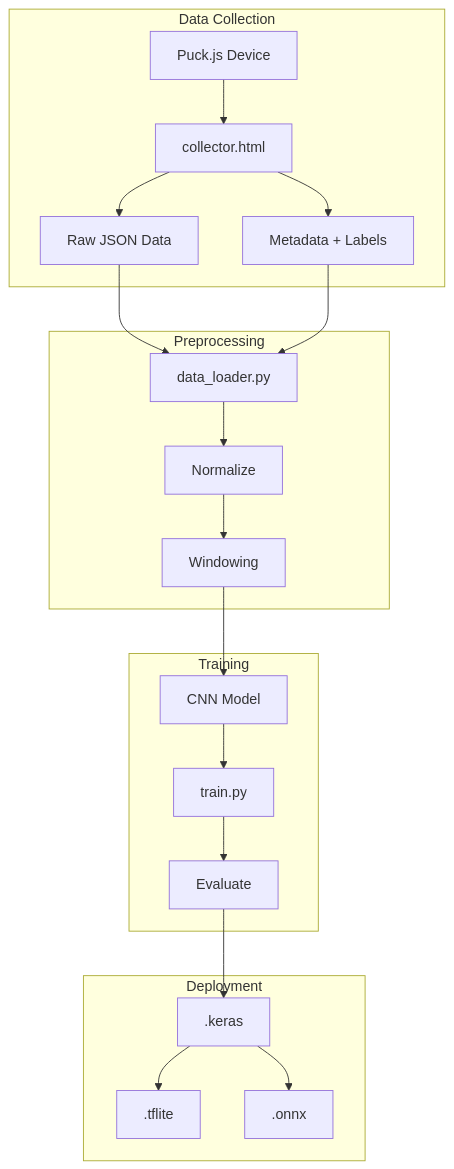
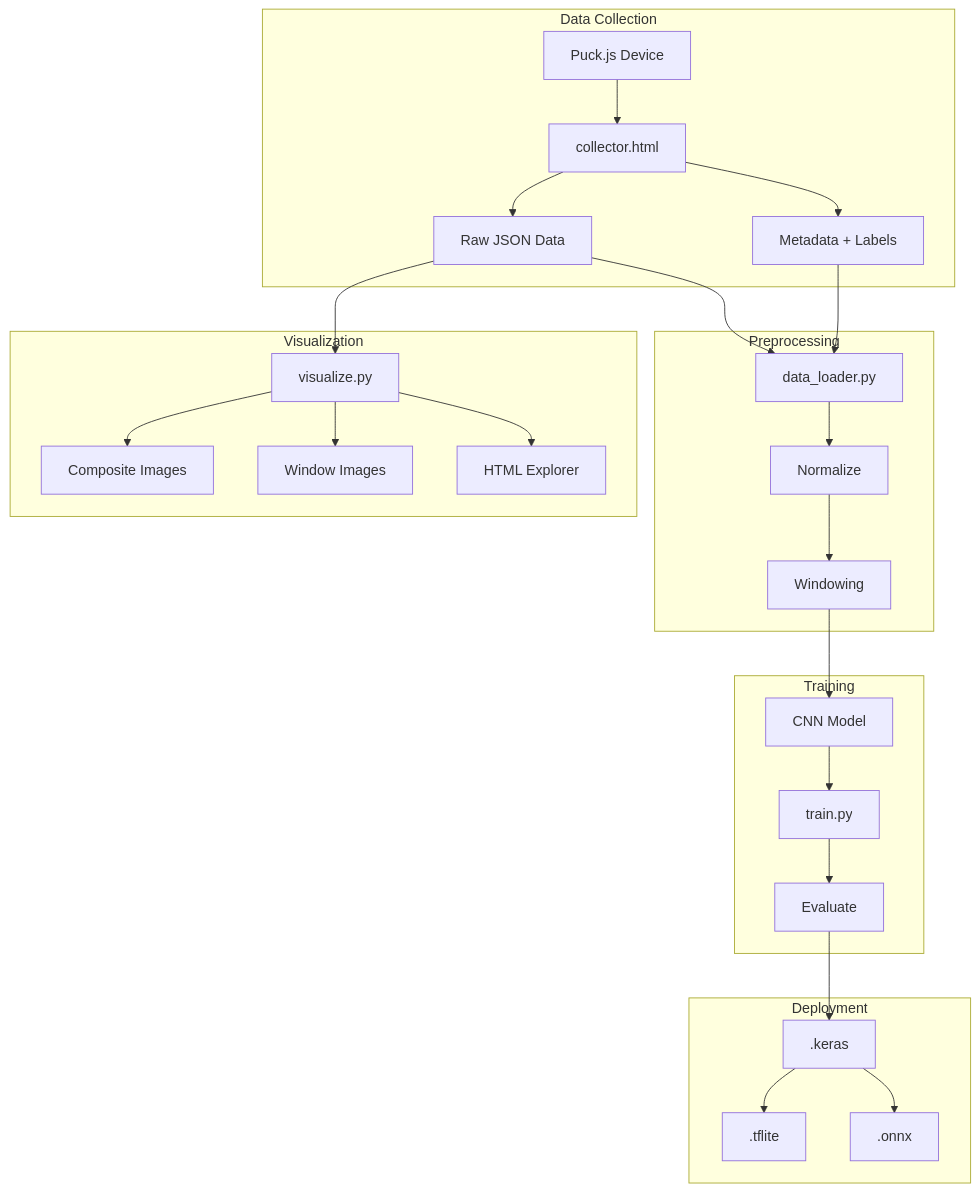
One commit to christopherdebeer/simcap changed the first of 3 diagrams in ml/README.md. Above: the diagram before and after it, drawn with Mermaid. The commit also changed other lines of this file and 3 other files, not shown here.

````diff
--- a/ml/README.md
+++ b/ml/README.md
@@ -7,41 +7,52 @@
 ```mermaid
 graph TB
     subgraph "Data Collection"
         DEVICE[Puck.js Device]
         COLLECTOR[collector.html]
         RAW[Raw JSON Data]
         META[Metadata + Labels]
     end
 
     subgraph "Preprocessing"
         LOADER[data_loader.py]
         NORM[Normalize]
         WINDOW[Windowing]
     end
 
     subgraph "Training"
         MODEL[CNN Model]
         TRAIN[train.py]
         EVAL[Evaluate]
     end
 
     subgraph "Deployment"
         KERAS[.keras]
         TFLITE[.tflite]
         ONNX[.onnx]
     end
 
+    subgraph "Visualization"
+        VIZ[visualize.py]
+        COMPOSITE[Composite Images]
+        WINDOWS[Window Images]
+        HTML[HTML Explorer]
+    end
+
     DEVICE --> COLLECTOR
     COLLECTOR --> RAW
     COLLECTOR --> META
     RAW --> LOADER
+    RAW --> VIZ
     META --> LOADER
     LOADER --> NORM
     NORM --> WINDOW
     WINDOW --> MODEL
     MODEL --> TRAIN
     TRAIN --> EVAL
     EVAL --> KERAS
     KERAS --> TFLITE
     KERAS --> ONNX
+    VIZ --> COMPOSITE
+    VIZ --> WINDOWS
+    VIZ --> HTML
 ```
````
